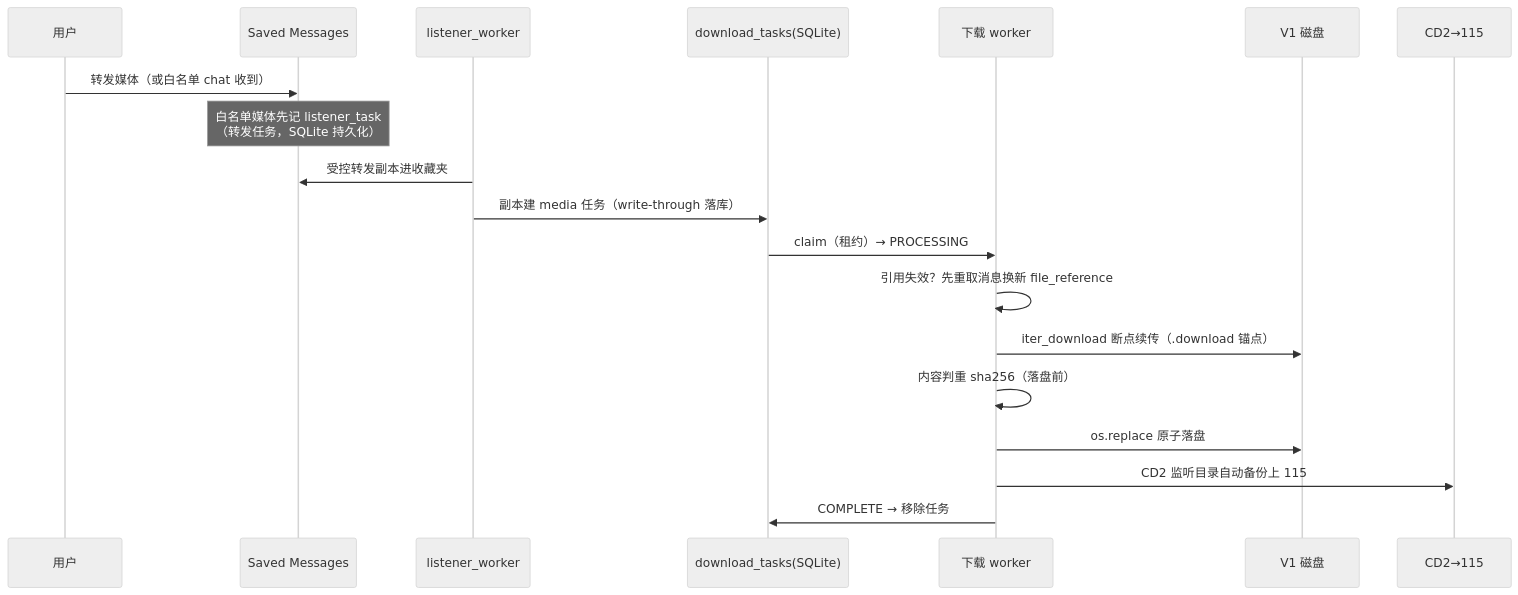
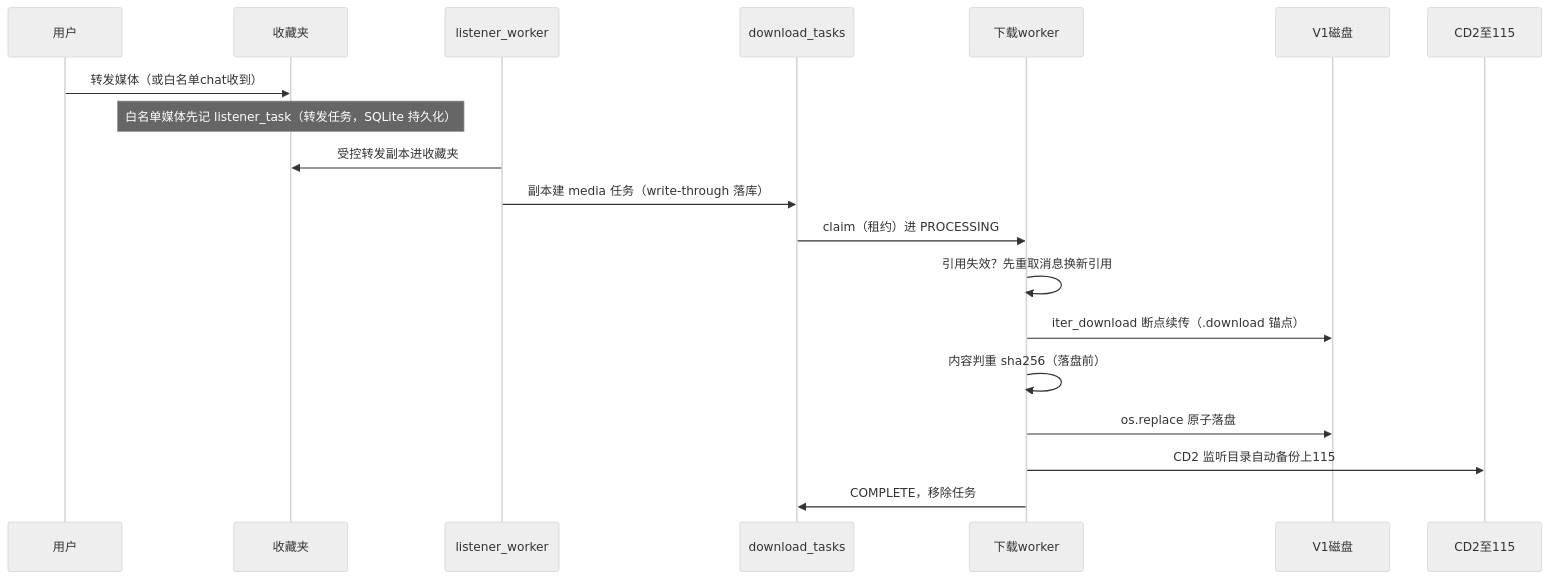
Before and after one commit to Hoiyook/tg_userbot: the second of 9 diagrams in docs/下载链路操作指引.md, drawn with Mermaid (neutral theme). The commit also changed other lines of this file, not shown here.

Commit message:
文档：操作指引全部 mermaid 重写为最大兼容写法（消灭纯数字节点ID、梯形斜杠开头、stateDiagram 的 br、& 多源连线、序列图别名括号——低版本解析器报 Error parsing Mermaid diagram 的根类）

````diff
--- a/docs/下载链路操作指引.md
+++ b/docs/下载链路操作指引.md
@@ -64,22 +70,22 @@
 ```mermaid
 sequenceDiagram
     participant U as 用户
-    participant SM as Saved Messages
+    participant SM as 收藏夹
     participant L as listener_worker
-    participant Q as download_tasks(SQLite)
-    participant D as 下载 worker
-    participant V as V1 磁盘
-    participant CD as CD2→115
+    participant Q as download_tasks
+    participant D as 下载worker
+    participant V as V1磁盘
+    participant CD as CD2至115
 
-    U->>SM: 转发媒体（或白名单 chat 收到）
-    Note over SM: 白名单媒体先记 listener_task<br/>（转发任务，SQLite 持久化）
+    U->>SM: 转发媒体（或白名单chat收到）
+    Note over SM: 白名单媒体先记 listener_task（转发任务，SQLite 持久化）
     L->>SM: 受控转发副本进收藏夹
     L->>Q: 副本建 media 任务（write-through 落库）
-    Q->>D: claim（租约）→ PROCESSING
-    D->>D: 引用失效？先重取消息换新 file_reference
+    Q->>D: claim（租约）进 PROCESSING
+    D->>D: 引用失效？先重取消息换新引用
     D->>V: iter_download 断点续传（.download 锚点）
     D->>D: 内容判重 sha256（落盘前）
     D->>V: os.replace 原子落盘
-    D->>CD: CD2 监听目录自动备份上 115
-    D->>Q: COMPLETE → 移除任务
+    D->>CD: CD2 监听目录自动备份上115
+    D->>Q: COMPLETE，移除任务
 ```
````
